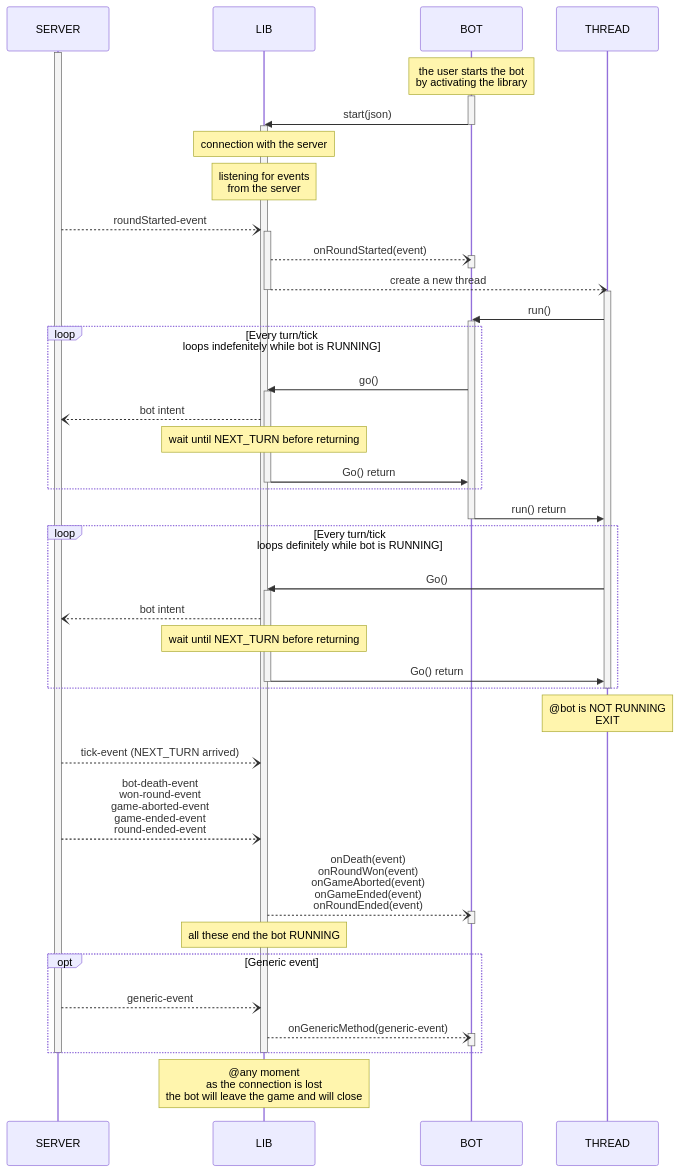
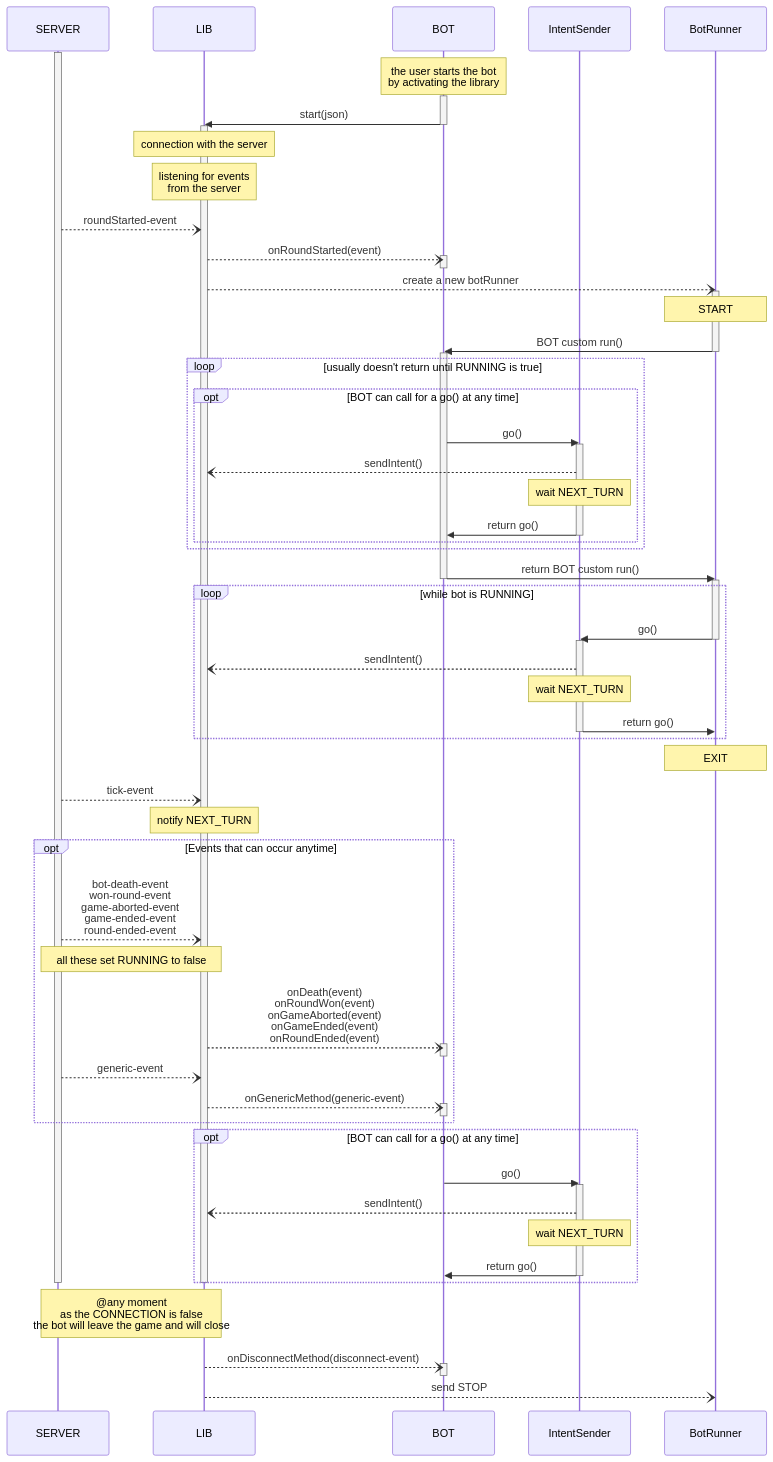
One commit to SirStone/RTR_nim_botApi2 changed the diagram in docs/multi-processes.md. Above: the diagram before and after it, drawn with Mermaid.

Commit message:
new sequence Diagram, added the SendIntent participant

````diff
--- a/docs/multi-processes.md
+++ b/docs/multi-processes.md
@@ -5,6 +5,10 @@
 sequenceDiagram
     participant SERVER
     participant LIB
+    participant BOT
+    participant IntentSender
+    participant BotRunner
+
     activate SERVER
     Note over BOT: the user starts the bot <br> by activating the library
     activate BOT
@@ -17,60 +21,77 @@
     Note over LIB: listening for events <br> from the server
 
     SERVER--)LIB: roundStarted-event
-    activate LIB
 
     LIB--)BOT: onRoundStarted(event)
     activate BOT
     deactivate BOT
 
-    LIB--)THREAD: create a new thread
-    deactivate LIB
-    activate THREAD
+    LIB--)BotRunner: create a new botRunner
 
-    THREAD->>BOT: run()
+    activate BotRunner
+    Note over BotRunner: START
+    BotRunner->>BOT: BOT custom run()
+    deactivate BotRunner
     activate BOT
-    
-    loop Every turn/tick <br> loops indefenitely while bot is RUNNING
-        BOT->>LIB:go()
-        activate LIB
-        LIB--)SERVER: bot intent
-        Note over LIB: wait until NEXT_TURN before returning
-        LIB->>BOT: Go() return
-        deactivate LIB
+
+    loop usually doesn't return until RUNNING is true
+        opt BOT can call for a go() at any time
+            BOT->>IntentSender: go()
+            activate IntentSender
+            IntentSender--)LIB: sendIntent()
+            Note over IntentSender: wait NEXT_TURN
+            IntentSender->>BOT: return go()
+            deactivate IntentSender
+        end
     end
 
+    BOT->>BotRunner: return BOT custom run()
+    deactivate BOT
+    activate BotRunner
 
-    BOT->>THREAD: run() return
-    deactivate BOT
+    loop while bot is RUNNING
+        BotRunner->>IntentSender: go()
+        deactivate BotRunner
+        activate IntentSender
+        IntentSender--)LIB: sendIntent()
+        Note over IntentSender: wait NEXT_TURN
+        IntentSender->>BotRunner: return go()
+        deactivate IntentSender
+    end
 
-    loop Every turn/tick <br> loops definitely while bot is RUNNING
-        THREAD->>LIB: Go()
-        activate LIB
-        LIB--)SERVER: bot intent
-        Note over LIB: wait until NEXT_TURN before returning
-        LIB->>THREAD: Go() return
-        deactivate LIB
-    end
-    deactivate THREAD    
-    Note over THREAD: @bot is NOT RUNNING<br>EXIT
+    Note over BotRunner: EXIT
 
-    SERVER--)LIB: tick-event (NEXT_TURN arrived)
+    SERVER--)LIB: tick-event
+    Note over LIB: notify NEXT_TURN
 
-    SERVER--)LIB: bot-death-event <br> won-round-event <br> game-aborted-event <br> game-ended-event <br> round-ended-event
-    LIB--)BOT: onDeath(event) <br> onRoundWon(event) <br> onGameAborted(event) <br> onGameEnded(event) <br> onRoundEnded(event)
-    activate BOT
-    deactivate BOT
-    Note over LIB: all these end the bot RUNNING
+    opt Events that can occur anytime
+        SERVER--)LIB: bot-death-event <br> won-round-event <br> game-aborted-event <br> game-ended-event <br> round-ended-event
+        Note over SERVER,LIB: all these set RUNNING to false
+        LIB--)BOT: onDeath(event) <br> onRoundWon(event) <br> onGameAborted(event) <br> onGameEnded(event) <br> onRoundEnded(event)
+        activate BOT
+        deactivate BOT
 
-    opt Generic event
         SERVER--)LIB: generic-event
         LIB--)BOT: onGenericMethod(generic-event)
         activate BOT
-    deactivate BOT
+        deactivate BOT
+    end
+
+    opt BOT can call for a go() at any time
+        BOT->>IntentSender: go()
+        activate IntentSender
+        IntentSender--)LIB: sendIntent()
+        Note over IntentSender: wait NEXT_TURN
+        IntentSender->>BOT: return go()
+        deactivate IntentSender
     end
 
     deactivate LIB
     deactivate SERVER
 
-    Note over LIB: @any moment<br>as the connection is lost<br>the bot will leave the game and will close
+    Note over SERVER,LIB: @any moment<br>as the CONNECTION is false<br>the bot will leave the game and will close
+    LIB--)BOT: onDisconnectMethod(disconnect-event)
+    activate BOT
+    deactivate BOT
+    LIB--)BotRunner: send STOP
 ```
````
